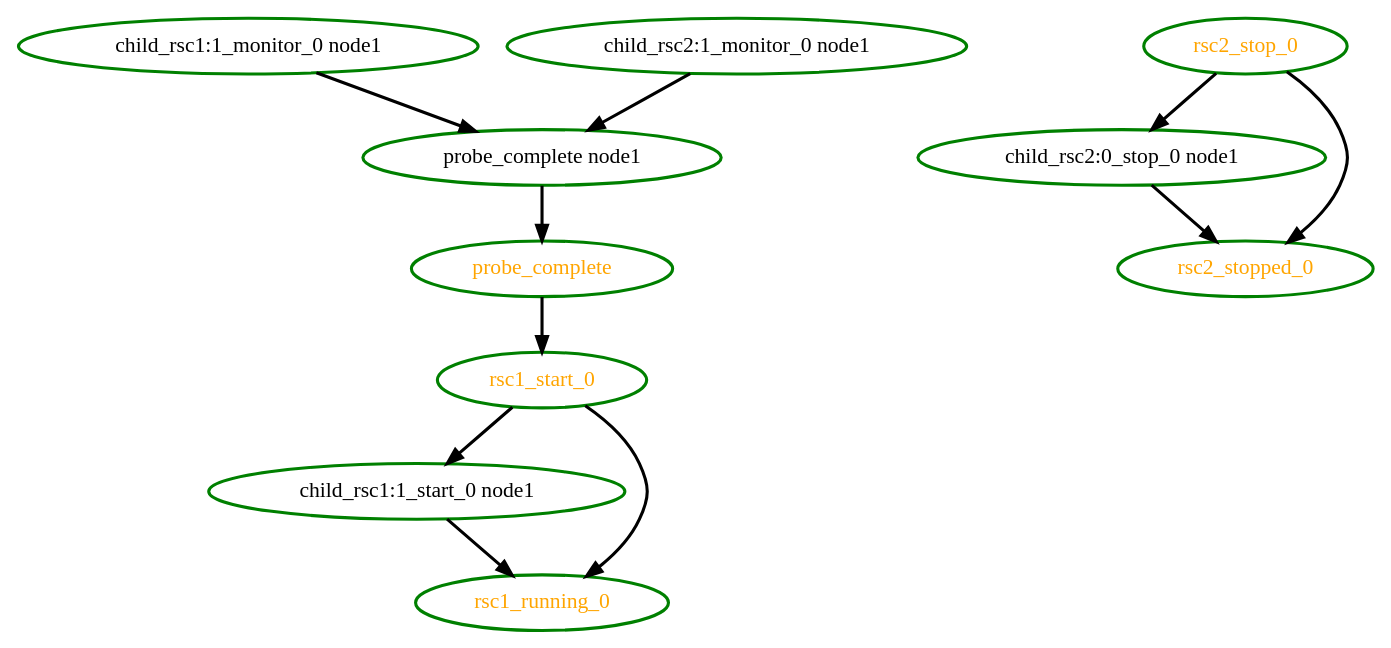
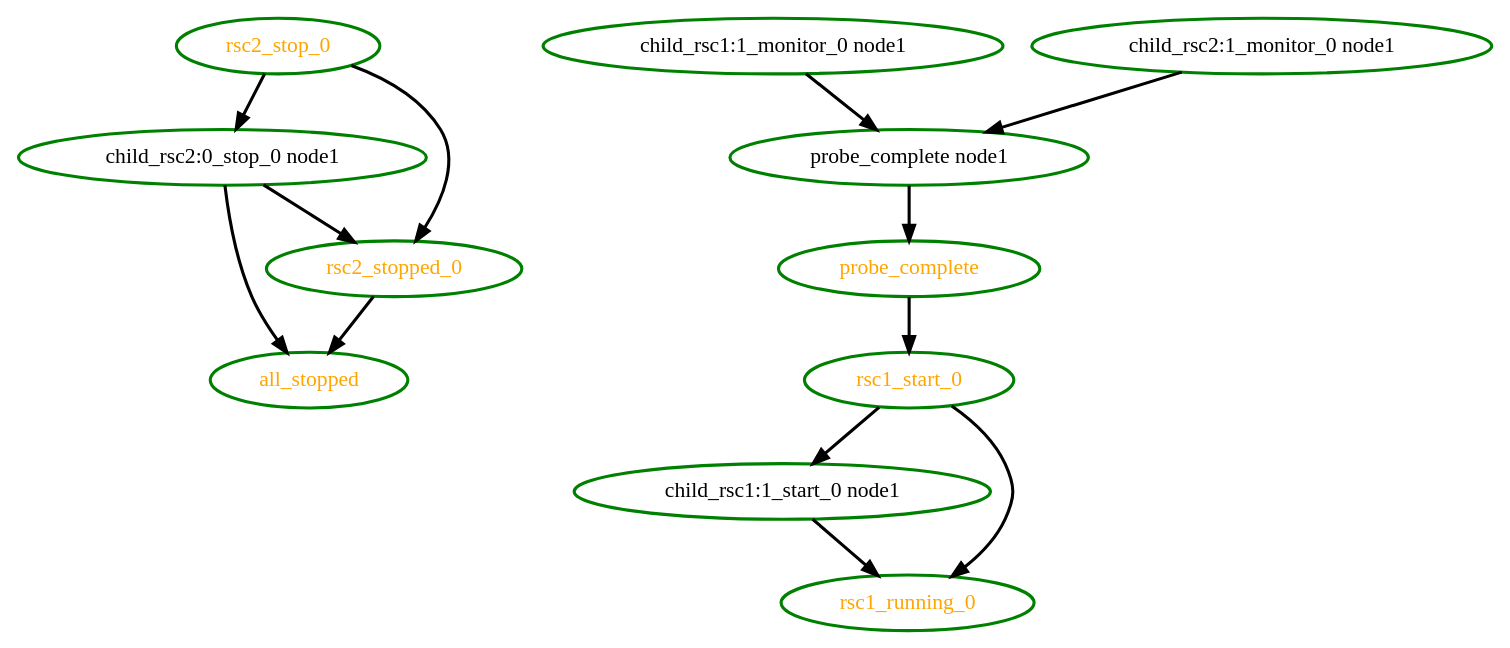
Before and after one commit to richiewen8/heartbeat: the diagram in crm/pengine/testcases/notify-0.dot, drawn with Graphviz. The commit also changed 218 other files, not shown here.

Commit message:
PE: Update testcases to include all_stopped (added in cs: 800c2fec24ee)

```diff
--- a/crm/pengine/testcases/notify-0.dot
+++ b/crm/pengine/testcases/notify-0.dot
@@ -1,22 +1,25 @@
  digraph "g" {
+"all_stopped" [ style=bold color="green" fontcolor="orange"  ]
 "child_rsc1:1_monitor_0 node1" -> "probe_complete node1" [ style = bold]
 "child_rsc1:1_monitor_0 node1" [ style=bold color="green" fontcolor="black" ]
 "child_rsc1:1_start_0 node1" -> "rsc1_running_0" [ style = bold]
 "child_rsc1:1_start_0 node1" [ style=bold color="green" fontcolor="black" ]
+"child_rsc2:0_stop_0 node1" -> "all_stopped" [ style = bold]
 "child_rsc2:0_stop_0 node1" -> "rsc2_stopped_0" [ style = bold]
 "child_rsc2:0_stop_0 node1" [ style=bold color="green" fontcolor="black" ]
 "child_rsc2:1_monitor_0 node1" -> "probe_complete node1" [ style = bold]
 "child_rsc2:1_monitor_0 node1" [ style=bold color="green" fontcolor="black" ]
 "probe_complete node1" -> "probe_complete" [ style = bold]
 "probe_complete node1" [ style=bold color="green" fontcolor="black" ]
 "probe_complete" -> "rsc1_start_0" [ style = bold]
 "probe_complete" [ style=bold color="green" fontcolor="orange" ]
 "rsc1_running_0" [ style=bold color="green" fontcolor="orange" ]
 "rsc1_start_0" -> "child_rsc1:1_start_0 node1" [ style = bold]
 "rsc1_start_0" -> "rsc1_running_0" [ style = bold]
 "rsc1_start_0" [ style=bold color="green" fontcolor="orange" ]
 "rsc2_stop_0" -> "child_rsc2:0_stop_0 node1" [ style = bold]
 "rsc2_stop_0" -> "rsc2_stopped_0" [ style = bold]
 "rsc2_stop_0" [ style=bold color="green" fontcolor="orange" ]
+"rsc2_stopped_0" -> "all_stopped" [ style = bold]
 "rsc2_stopped_0" [ style=bold color="green" fontcolor="orange" ]
 }
```
